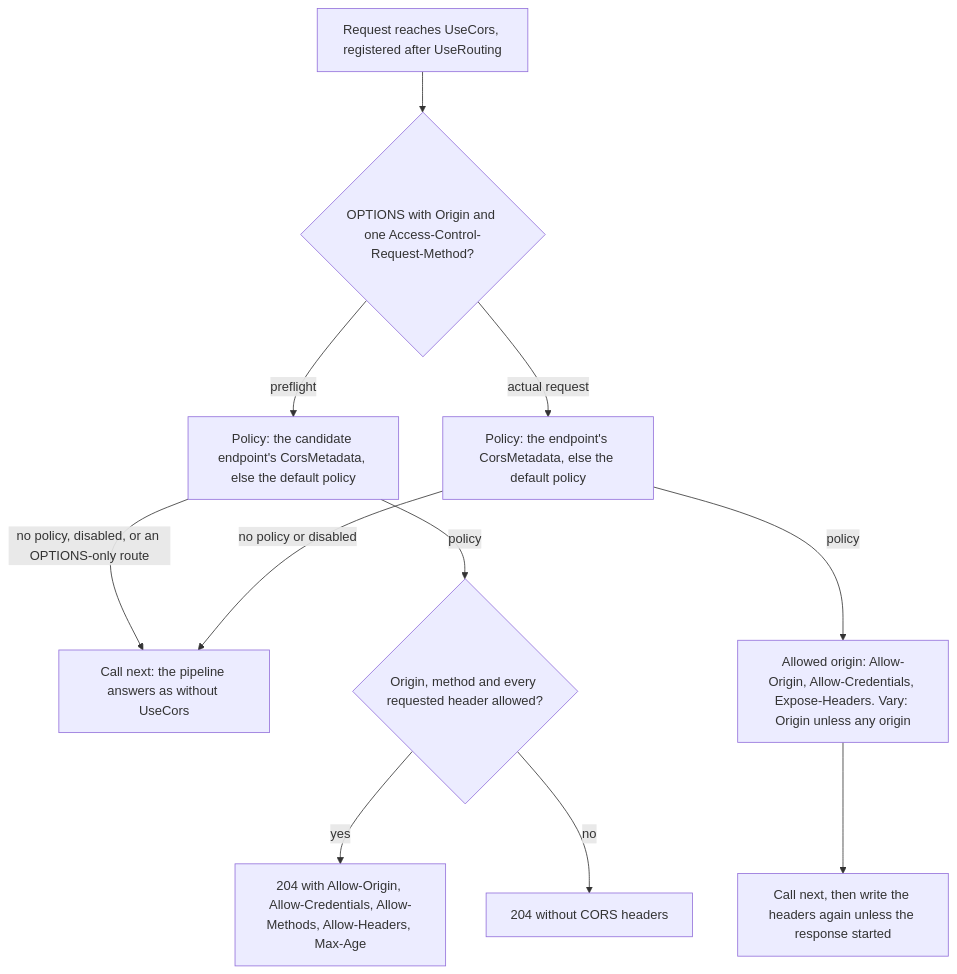
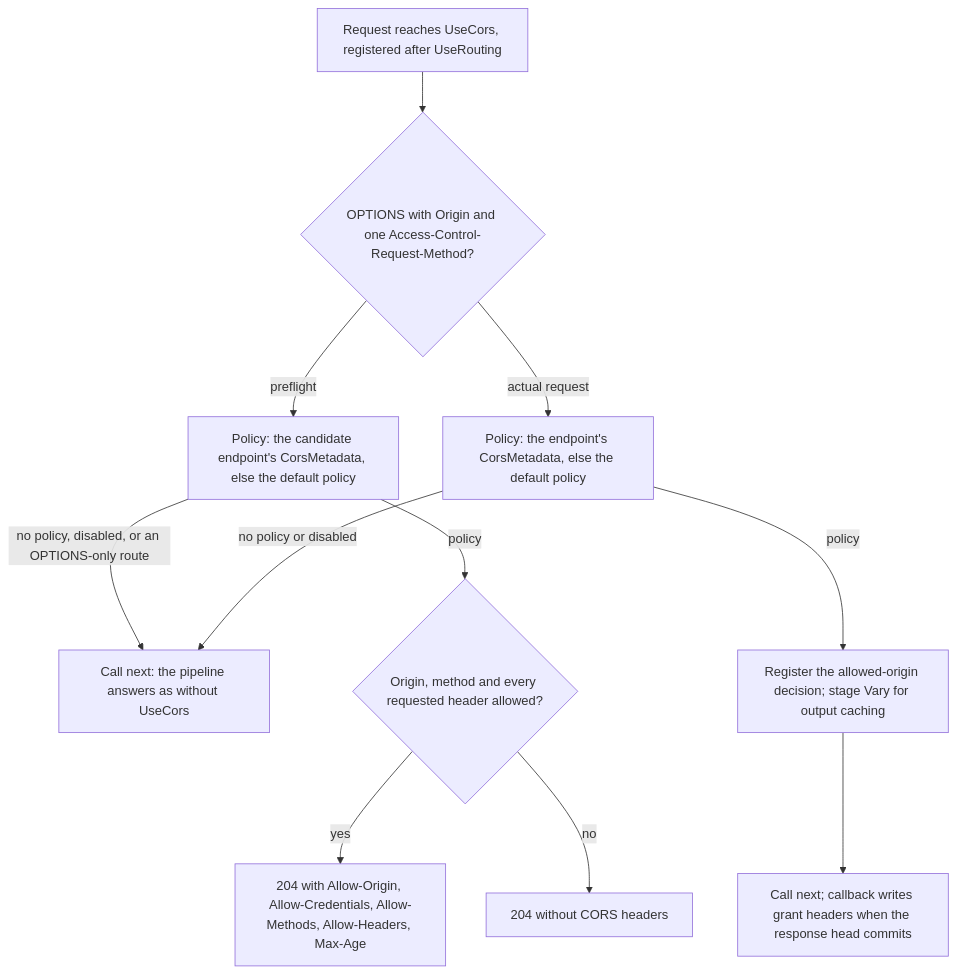
One commit to assimalign/cohesion-docs changed the diagram in docs/dotnet-apis/resources/web/assimalign-cohesion-web-cors/design.md. Above: the diagram before and after it, drawn with Mermaid. The commit also changed other lines of this file and 107 other files, not shown here.

````diff
--- a/docs/dotnet-apis/resources/web/assimalign-cohesion-web-cors/design.md
+++ b/docs/dotnet-apis/resources/web/assimalign-cohesion-web-cors/design.md
@@ -34,13 +34,13 @@
 ```mermaid
 flowchart TD
     Request["Request reaches UseCors, registered after UseRouting"] --> Kind{"OPTIONS with Origin and one Access-Control-Request-Method?"}
     Kind -->|"preflight"| Source["Policy: the candidate endpoint's CorsMetadata, else the default policy"]
     Kind -->|"actual request"| Select["Policy: the endpoint's CorsMetadata, else the default policy"]
     Source -->|"no policy, disabled, or an OPTIONS-only route"| Next["Call next: the pipeline answers as without UseCors"]
     Source -->|"policy"| Evaluate{"Origin, method and every requested header allowed?"}
     Evaluate -->|"yes"| Grant["204 with Allow-Origin, Allow-Credentials, Allow-Methods, Allow-Headers, Max-Age"]
     Evaluate -->|"no"| Deny["204 without CORS headers"]
     Select -->|"no policy or disabled"| Next
-    Select -->|"policy"| Stamp["Allowed origin: Allow-Origin, Allow-Credentials, Expose-Headers. Vary: Origin unless any origin"]
-    Stamp --> Run["Call next, then write the headers again unless the response started"]
+    Select -->|"policy"| Stamp["Register the allowed-origin decision; stage Vary for output caching"]
+    Stamp --> Run["Call next; callback writes grant headers when the response head commits"]
 ```
````
